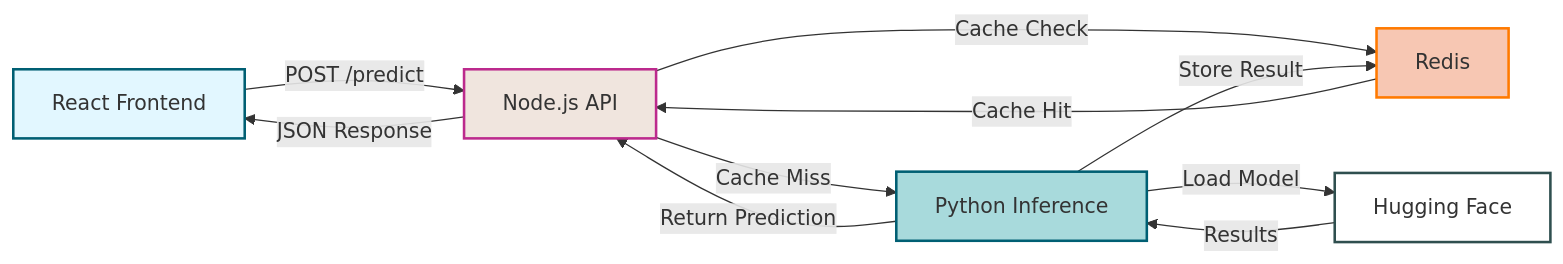
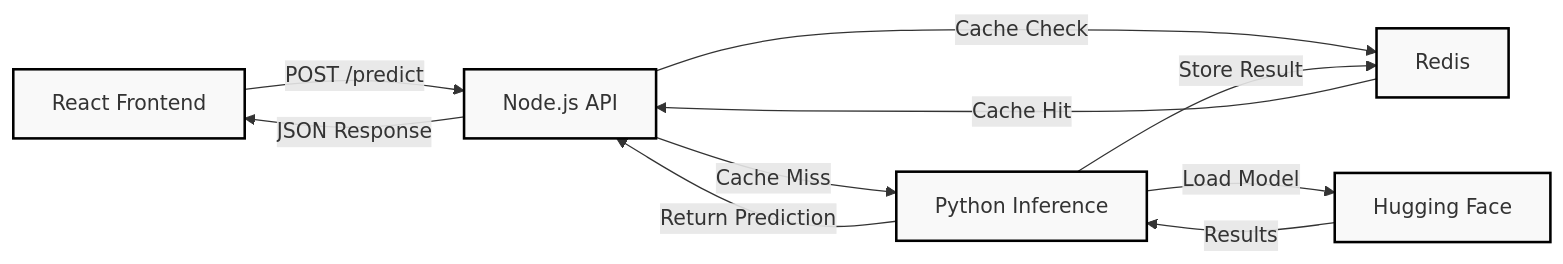
The diagram in README.md (dhanushk-offl/ai-inference-backend-boilerplate), drawn with Mermaid before and after one commit.

Commit message:
Refactor Mermaid diagram styling for improved clarity and consistency ✅

````diff
--- a/README.md
+++ b/README.md
@@ -20,24 +20,17 @@
 ```mermaid
 flowchart LR
     A[React Frontend] -->|POST /predict| B[Node.js API]
     B -->|Cache Check| E[Redis]
     E -->|Cache Hit| B
     B -->|Cache Miss| C[Python Inference]
     C -->|Load Model| D[Hugging Face]
     D -->|Results| C
     C -->|Store Result| E
     C -->|Return Prediction| B
     B -->|JSON Response| A
 
-    classDef frontend fill:#e2f7ff,stroke:#005f73,stroke-width:2px;
-    classDef node fill:#f0e5de,stroke:#bc2a8d,stroke-width:2px;
-    classDef python fill:#a8dadc,stroke:#005f73,stroke-width:2px;
-    classDef model fill:#fff,stroke:#2f4f4f,stroke-width:2px;
-    classDef redis fill:#f7c7b3,stroke:#ff7a00,stroke-width:2px;
-
-    class A frontend;
-    class B node;
-    class C python;
-    class D model;
-    class E redis;
+    classDef default fill:#f9f9f9,stroke:#333,stroke-width:1px;
+    classDef highlight stroke:#000,stroke-width:2px;
+    
+    class A,B,C,D,E highlight;
 ```
````
